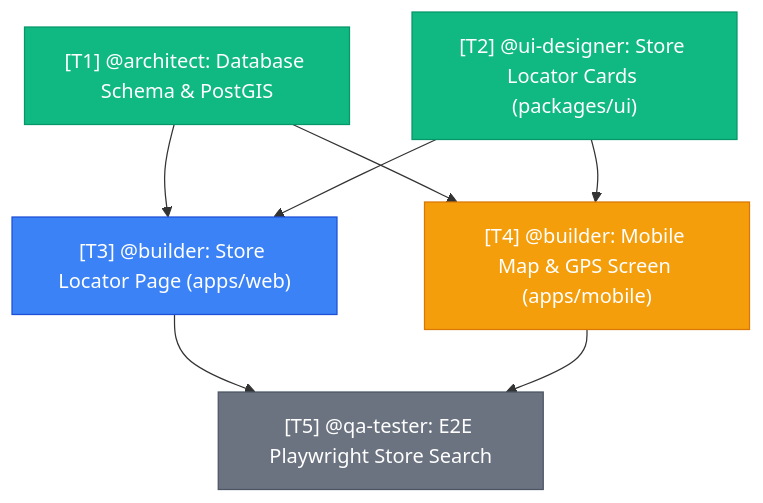
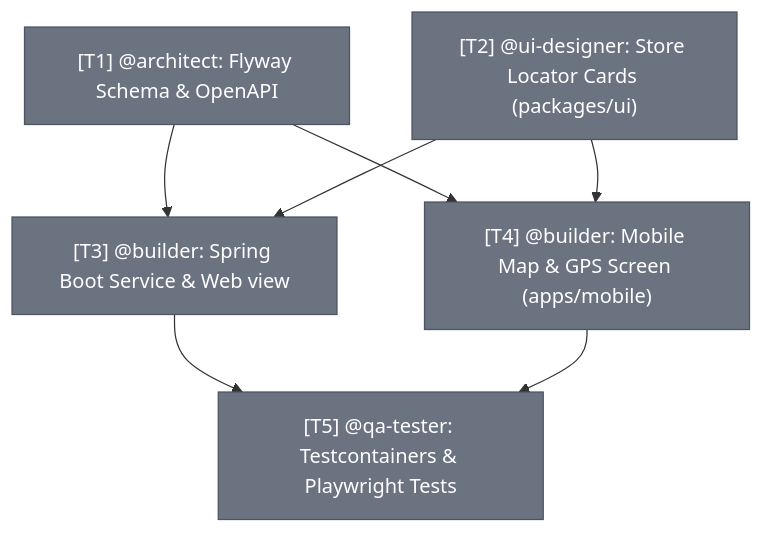
Before and after one commit to basic-app-dev/tire-store-app: the diagram in docs/agents/manager.md, drawn with Mermaid. The commit also changed other lines of this file and 329 other files, not shown here.

````diff
--- a/docs/agents/manager.md
+++ b/docs/agents/manager.md
@@ -36,21 +37,21 @@
 ```mermaid
 flowchart TD
     classDef done fill:#10b981,stroke:#059669,color:#fff
     classDef active fill:#3b82f6,stroke:#1d4ed8,color:#fff
     classDef waiting fill:#f59e0b,stroke:#d97706,color:#fff
     classDef blocked fill:#ef4444,stroke:#b91c1c,color:#fff
     classDef queued fill:#6b7280,stroke:#4b5563,color:#fff
 
-    A["[T1] @architect: Database Schema & PostGIS"]:::done
-    B["[T2] @ui-designer: Store Locator Cards (packages/ui)"]:::done
-    C["[T3] @builder: Store Locator Page (apps/web)"]:::active
-    D["[T4] @builder: Mobile Map & GPS Screen (apps/mobile)"]:::waiting
-    E["[T5] @qa-tester: E2E Playwright Store Search"]:::queued
+    A["[T1] @architect: Flyway Schema & OpenAPI"]:::queued
+    B["[T2] @ui-designer: Store Locator Cards (packages/ui)"]:::queued
+    C["[T3] @builder: Spring Boot Service & Web view"]:::queued
+    D["[T4] @builder: Mobile Map & GPS Screen (apps/mobile)"]:::queued
+    E["[T5] @qa-tester: Testcontainers & Playwright Tests"]:::queued
 
     A --> C
     B --> C
     A --> D
     B --> D
     C --> E
     D --> E
 ```
````
